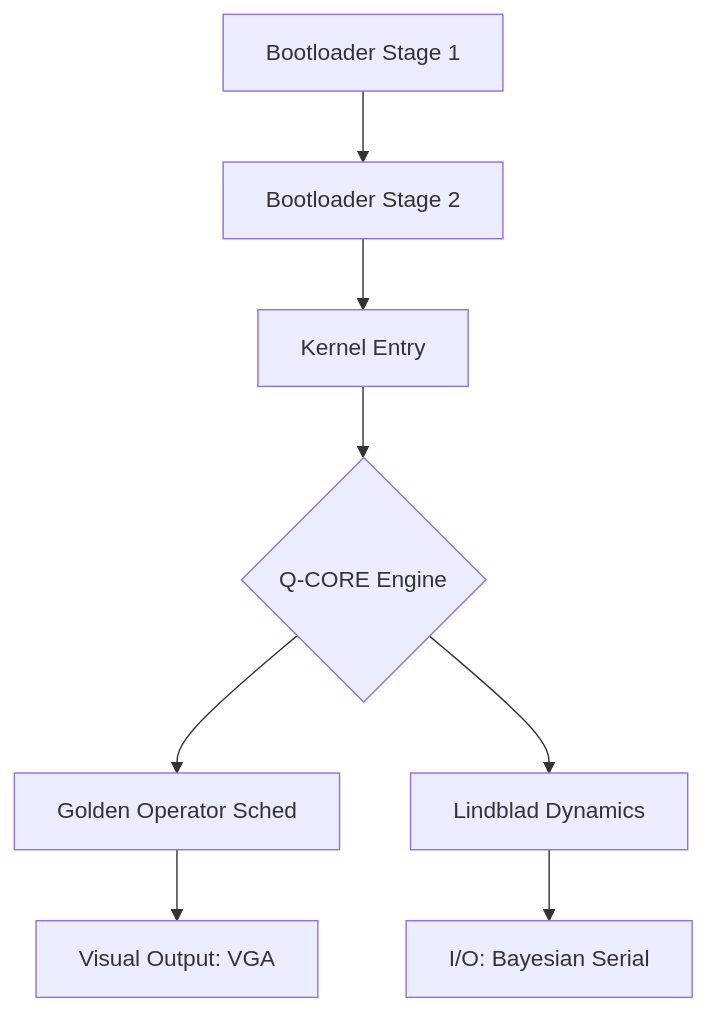
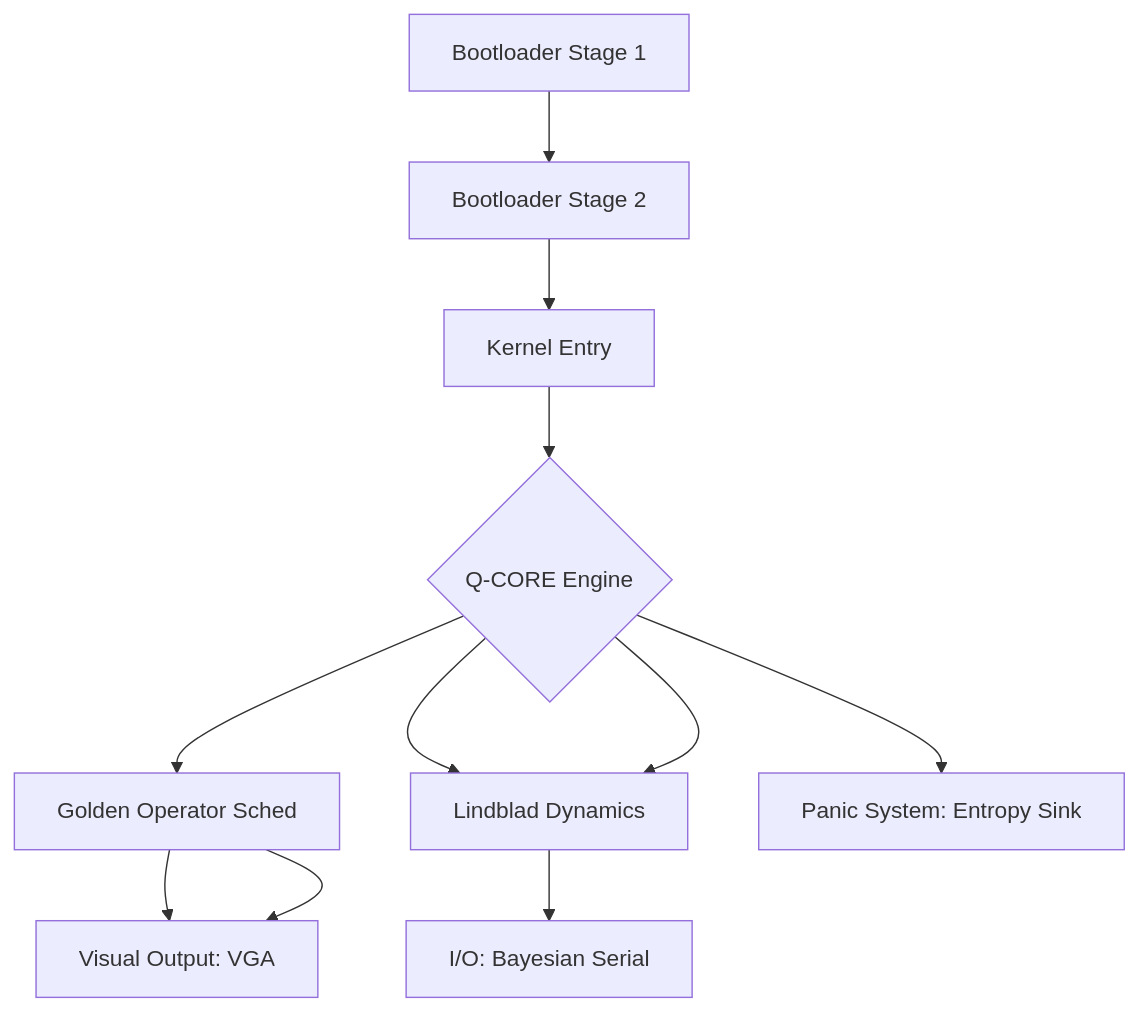
The diagram in README.md (smokappstore/Smopsys), drawn with Mermaid before and after one commit. The commit also changed other lines of this file and 9 other files, not shown here.

````diff
--- a/README.md
+++ b/README.md
@@ -32,10 +40,13 @@
 ```mermaid
 graph TD
     A[Bootloader Stage 1] --> B[Bootloader Stage 2]
     B --> C[Kernel Entry]
     C --> D{Q-CORE Engine}
     D --> E[Golden Operator Sched]
     D --> F[Lindblad Dynamics]
     E --> G[Visual Output: VGA]
+    D --> F[Lindblad Dynamics]
+    D --> I[Panic System: Entropy Sink]
+    E --> G[Visual Output: VGA]
     F --> H[I/O: Bayesian Serial]
 ```
````
